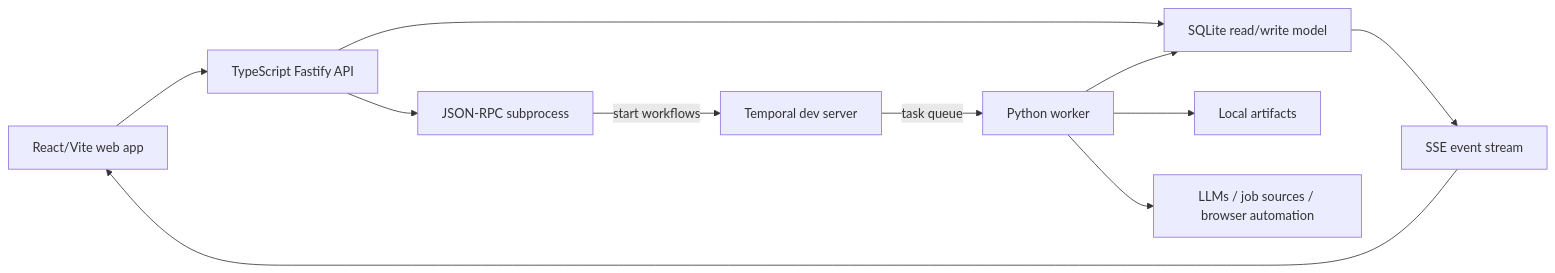
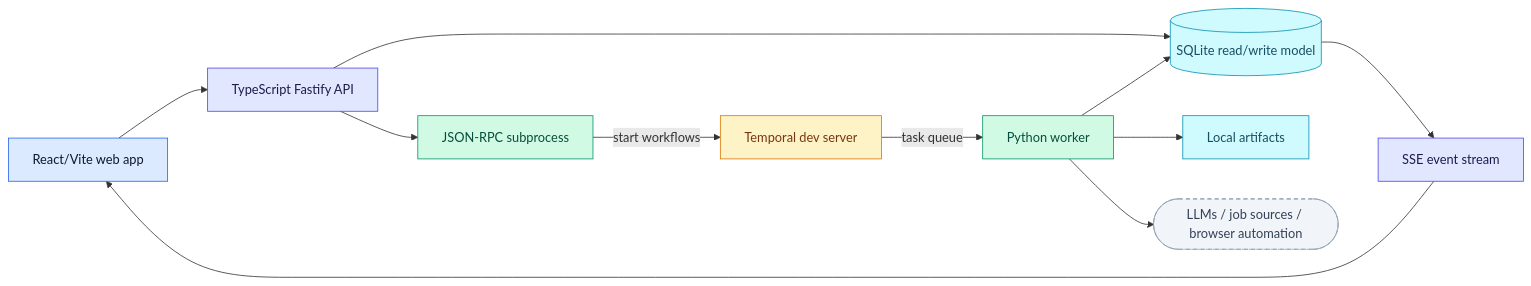
One commit to ebarti/JobCtrl changed the diagram in docs/developer/README.md. Above: the diagram before and after it, drawn with Mermaid. The commit also changed other lines of this file and 19 other files, not shown here.

````diff
--- a/docs/developer/README.md
+++ b/docs/developer/README.md
@@ -33,13 +33,26 @@
 ```mermaid
 flowchart LR
   Web["React/Vite web app"] --> Api["TypeScript Fastify API"]
-  Api --> Db["SQLite read/write model"]
+  Api --> Db[("SQLite read/write model")]
   Api --> Rpc["JSON-RPC subprocess"]
   Rpc -- "start workflows" --> Temporal["Temporal dev server"]
   Temporal -- "task queue" --> Worker["Python worker"]
   Worker --> Db
   Worker --> Files["Local artifacts"]
-  Worker --> Providers["LLMs / job sources / browser automation"]
+  Worker --> Providers(["LLMs / job sources / browser automation"])
   Db --> Sse["SSE event stream"]
   Sse --> Web
+
+  classDef ui fill:#dbeafe,stroke:#2563eb,color:#0f172a
+  classDef ts fill:#e0e7ff,stroke:#4f46e5,color:#1e1b4b
+  classDef py fill:#d1fae5,stroke:#059669,color:#064e3b
+  classDef infra fill:#fef3c7,stroke:#d97706,color:#78350f
+  classDef store fill:#cffafe,stroke:#0891b2,color:#164e63
+  classDef ext fill:#f1f5f9,stroke:#94a3b8,color:#334155,stroke-dasharray:5 4
+  class Web ui
+  class Api,Sse ts
+  class Rpc,Worker py
+  class Temporal infra
+  class Db,Files store
+  class Providers ext
 ```
````
